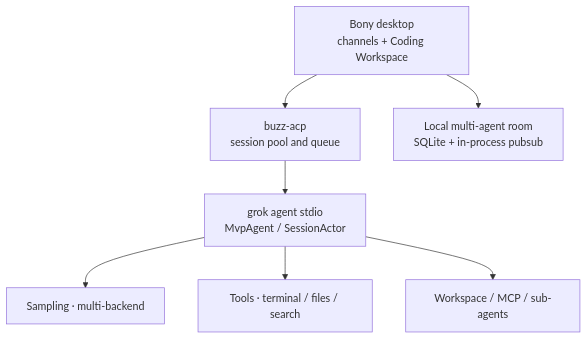
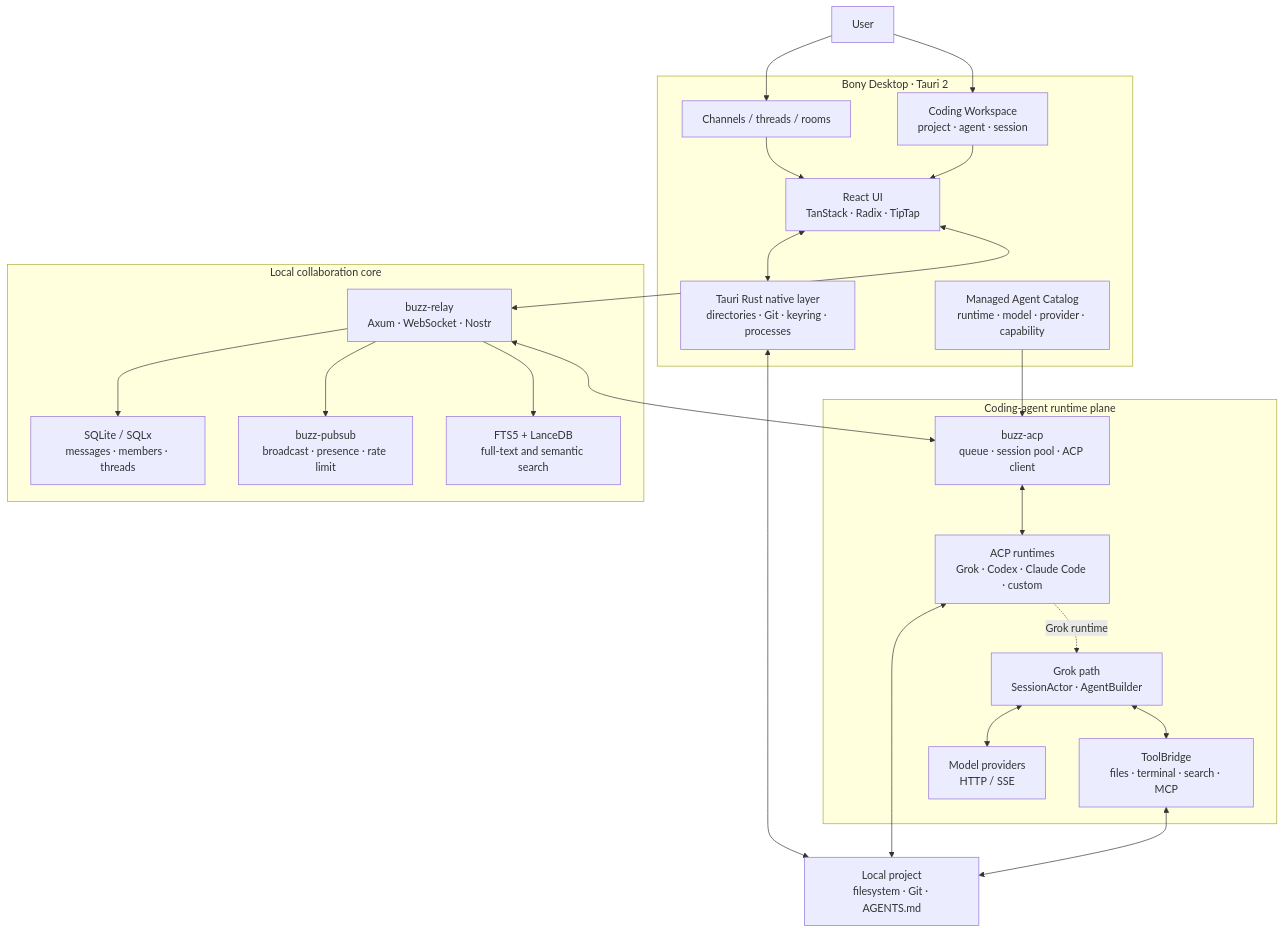
One commit to phuhao00/bony changed the first of 2 diagrams in README.en.md. Above: the diagram before and after it, drawn with Mermaid. The commit also changed other lines of this file and 1 other file, not shown here.

Commit message:
Document Bony architecture and runtime

````diff
--- a/README.en.md
+++ b/README.en.md
@@ -177,16 +211,47 @@
 ```mermaid
 flowchart TB
-  UI["Bony desktop<br/>channels + Coding Workspace"]
-  ACP["buzz-acp<br/>session pool and queue"]
-  Agent["grok agent stdio<br/>MvpAgent / SessionActor"]
-  Sample["Sampling · multi-backend"]
-  Tools["Tools · terminal / files / search"]
-  WS["Workspace / MCP / sub-agents"]
-  Room["Local multi-agent room<br/>SQLite + in-process pubsub"]
+  User["User"]
+  Project["Local project<br/>filesystem · Git · AGENTS.md"]
 
-  UI --> ACP --> Agent
-  Agent --> Sample
-  Agent --> Tools
-  Agent --> WS
-  UI --> Room
+  subgraph Desktop["Bony Desktop · Tauri 2"]
+    Channel["Channels / threads / rooms"]
+    WorkspaceUI["Coding Workspace<br/>project · agent · session"]
+    Renderer["React UI<br/>TanStack · Radix · TipTap"]
+    Native["Tauri Rust native layer<br/>directories · Git · keyring · processes"]
+    Catalog["Managed Agent Catalog<br/>runtime · model · provider · capability"]
+  end
+
+  subgraph RoomCore["Local collaboration core"]
+    Relay["buzz-relay<br/>Axum · WebSocket · Nostr"]
+    Store["SQLite / SQLx<br/>messages · members · threads"]
+    PubSub["buzz-pubsub<br/>broadcast · presence · rate limit"]
+    Search["FTS5 + LanceDB<br/>full-text and semantic search"]
+  end
+
+  subgraph AgentPlane["Coding-agent runtime plane"]
+    Harness["buzz-acp<br/>queue · session pool · ACP client"]
+    Runtimes["ACP runtimes<br/>Grok · Codex · Claude Code · custom"]
+    GrokCore["Grok path<br/>SessionActor · AgentBuilder"]
+    Model["Model providers<br/>HTTP / SSE"]
+    Tools["ToolBridge<br/>files · terminal · search · MCP"]
+  end
+
+  User --> Channel
+  User --> WorkspaceUI
+  Channel --> Renderer
+  WorkspaceUI --> Renderer
+  Renderer <--> Native
+  Native <--> Project
+  Catalog --> Harness
+  Renderer <--> Relay
+  Relay --> Store
+  Relay --> PubSub
+  Relay --> Search
+  Relay <--> Harness
+  Harness <--> Runtimes
+  Runtimes <--> Project
+  Runtimes -. "Grok runtime" .-> GrokCore
+  GrokCore <--> Model
+  GrokCore <--> Tools
+  Tools <--> Project
 ```
````
